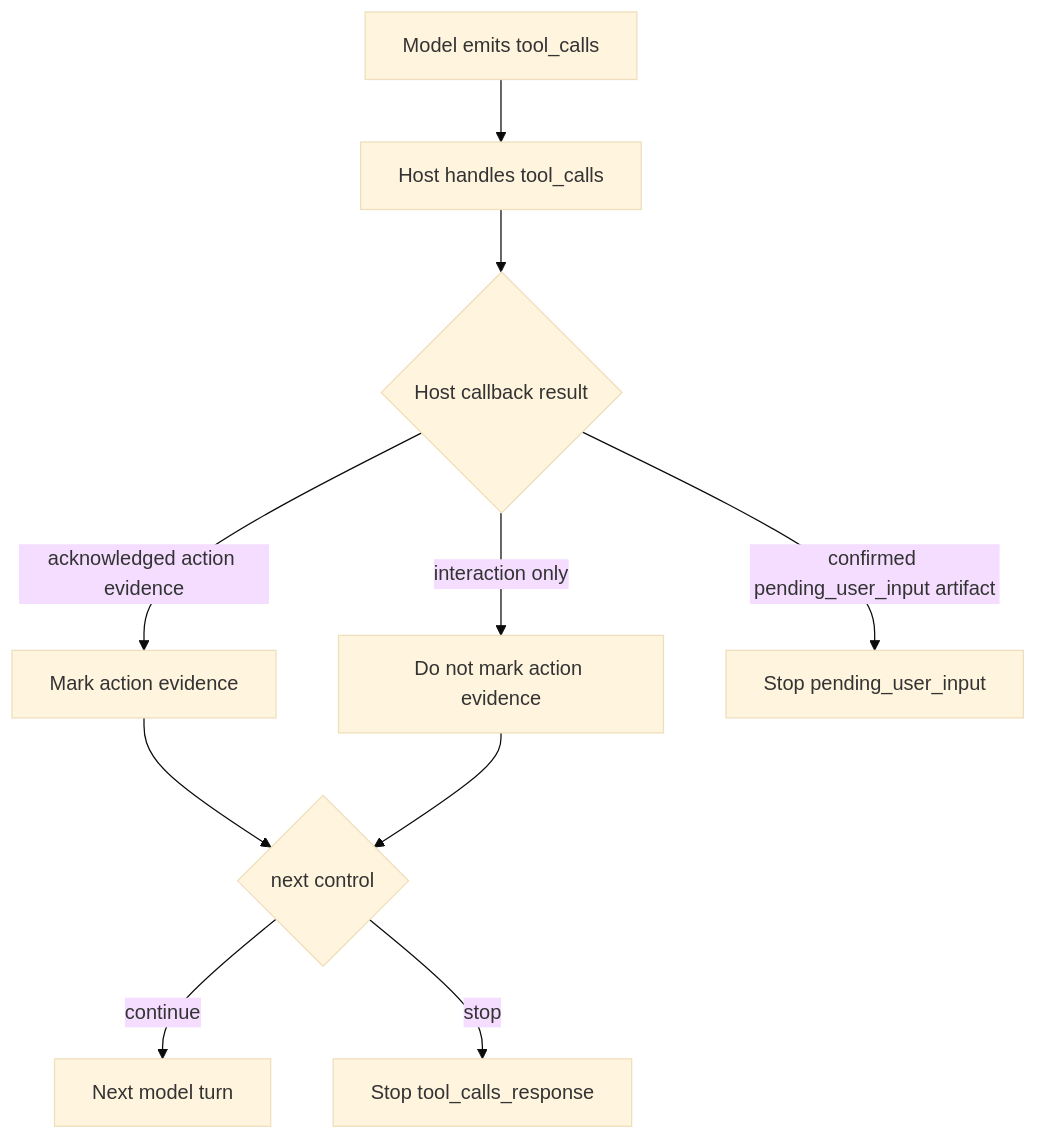
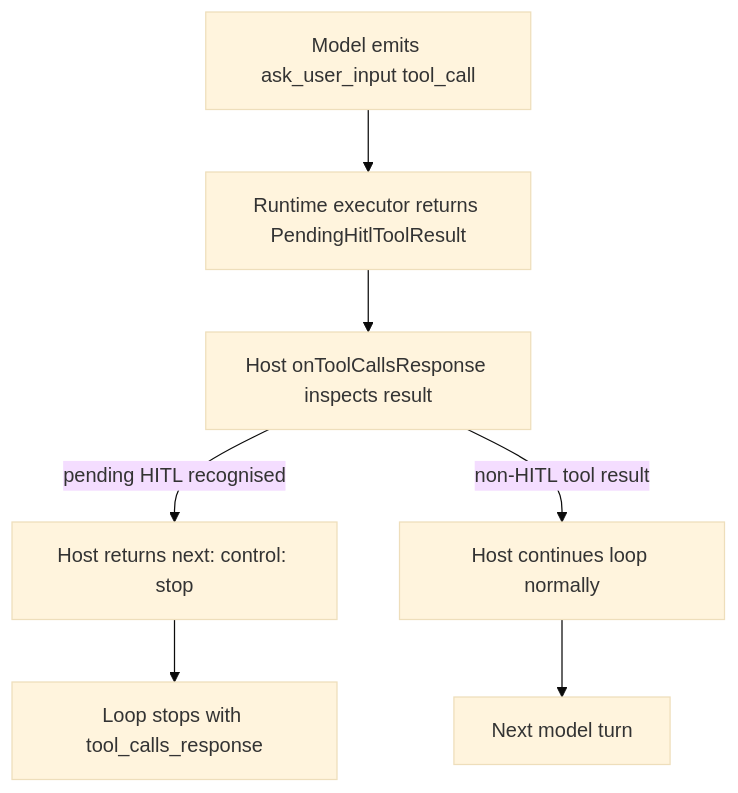
The diagram in .docs/plans/2026/05/15/plan-hitl-evidence-pending-input.md (yysun/llm-runtime), drawn with Mermaid (base theme) before and after one commit. The commit also changed other lines of this file and 4 other files, not shown here.

Commit message:
feat: tighten HITL tool descriptions to prioritize safe read-only inspection before user input

````diff
--- a/.docs/plans/2026/05/15/plan-hitl-evidence-pending-input.md
+++ b/.docs/plans/2026/05/15/plan-hitl-evidence-pending-input.md
@@ -49,12 +41,9 @@
 ```mermaid
 flowchart TD
-    A[Model emits tool_calls] --> B[Host handles tool_calls]
-    B --> C{Host callback result}
-    C -->|acknowledged action evidence| D[Mark action evidence]
-    C -->|interaction only| E[Do not mark action evidence]
-    C -->|confirmed pending_user_input artifact| F[Stop pending_user_input]
-    D --> G{next control}
-    E --> G
-    G -->|continue| H[Next model turn]
-    G -->|stop| I[Stop tool_calls_response]
+    A[Model emits ask_user_input tool_call] --> B[Runtime executor returns PendingHitlToolResult]
+    B --> C[Host onToolCallsResponse inspects result]
+    C -->|pending HITL recognised| D[Host returns next: control: stop]
+    C -->|non-HITL tool result| E[Host continues loop normally]
+    D --> F[Loop stops with tool_calls_response]
+    E --> G[Next model turn]
 ```
````
